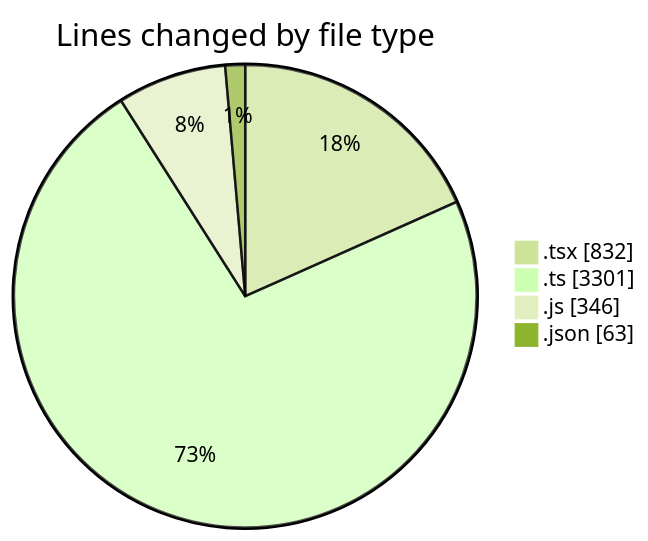
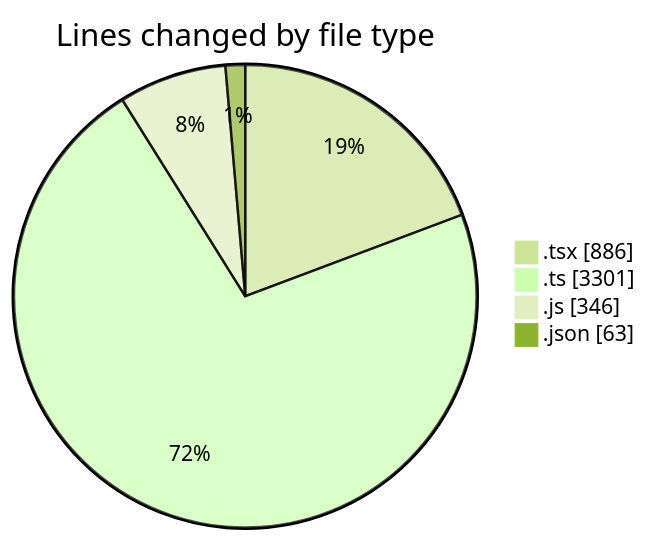
The first of 2 diagrams in 2025-12-01/cda/README.md (momahboobian/code-tracking), drawn with Mermaid (forest theme) before and after one commit. The commit also changed other lines of this file and 1 other file, not shown here.

````diff
--- a/2025-12-01/cda/README.md
+++ b/2025-12-01/cda/README.md
@@ -29,8 +30,8 @@
 ```mermaid
 pie showData
 title Lines changed by file type
-".tsx" : 832
+".tsx" : 886
 ".ts" : 3301
 ".js" : 346
 ".json" : 63
 ```
````
